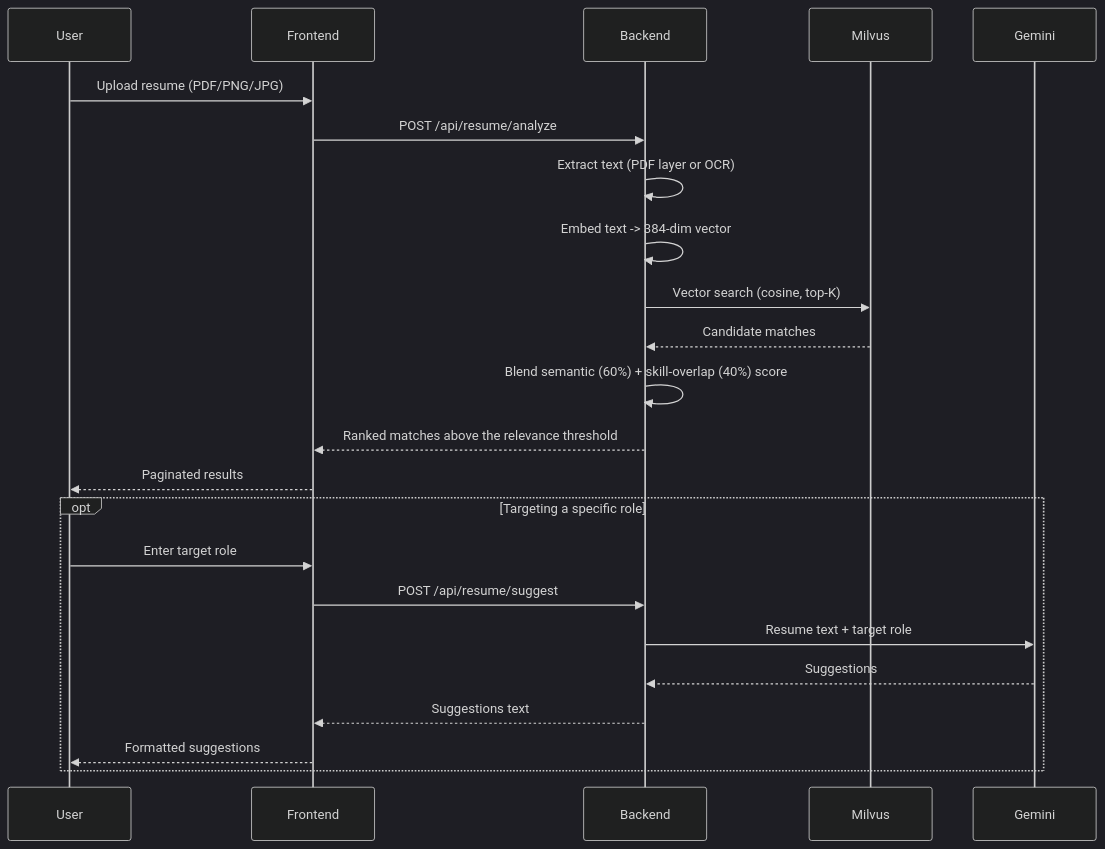
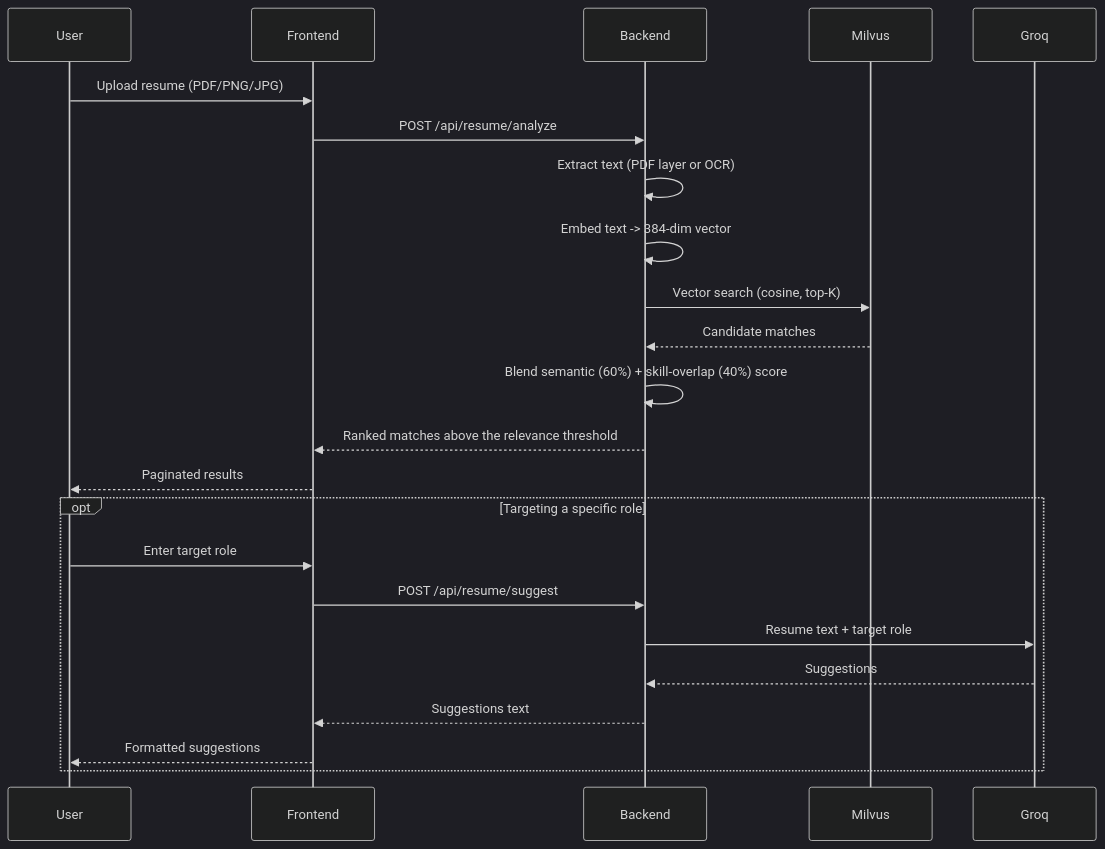
Before and after one commit to mohdsaqb/jobsync: the third of 3 diagrams in README.md, drawn with Mermaid (dark theme). The commit also changed other lines of this file and 12 other files, not shown here.

First line of the commit message:
Replace Gemini with Groq behind a pluggable LLM provider

````diff
--- a/README.md
+++ b/README.md
@@ -85,27 +85,27 @@
 ```mermaid
 sequenceDiagram
     participant U as User
     participant F as Frontend
     participant B as Backend
     participant M as Milvus
-    participant G as Gemini
+    participant G as Groq
 
     U->>F: Upload resume (PDF/PNG/JPG)
     F->>B: POST /api/resume/analyze
     B->>B: Extract text (PDF layer or OCR)
     B->>B: Embed text -> 384-dim vector
     B->>M: Vector search (cosine, top-K)
     M-->>B: Candidate matches
     B->>B: Blend semantic (60%) + skill-overlap (40%) score
     B-->>F: Ranked matches above the relevance threshold
     F-->>U: Paginated results
 
     opt Targeting a specific role
         U->>F: Enter target role
         F->>B: POST /api/resume/suggest
         B->>G: Resume text + target role
         G-->>B: Suggestions
         B-->>F: Suggestions text
         F-->>U: Formatted suggestions
     end
 ```
````
